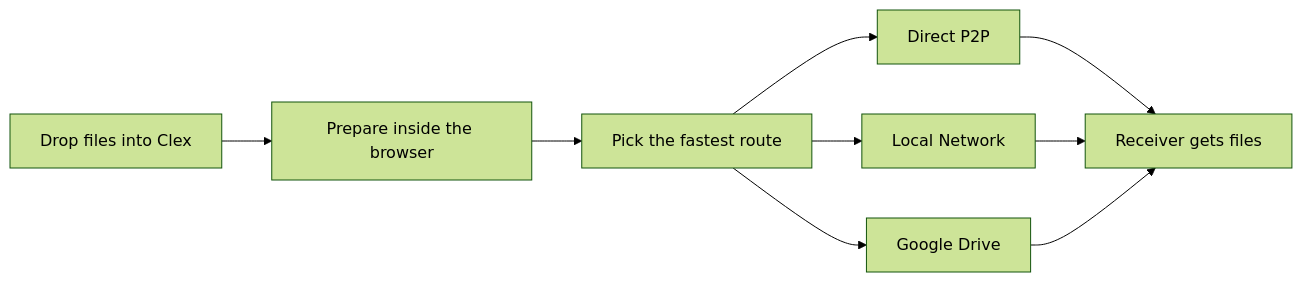
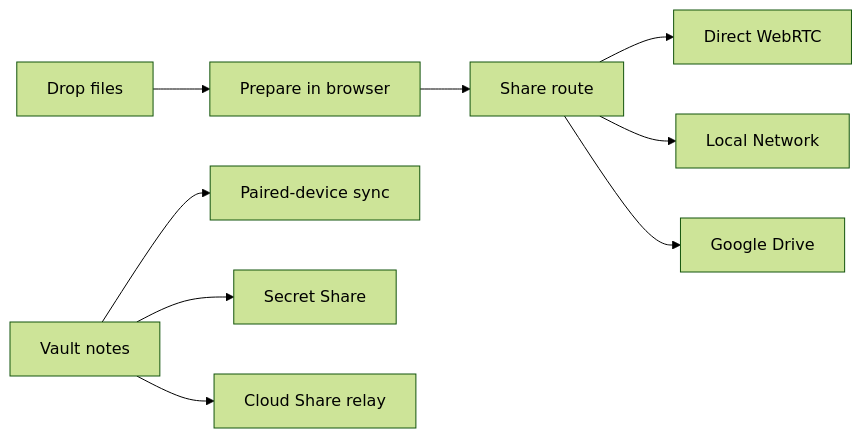
Before and after one commit to Abhinavv-007/clex: the diagram in README.md, drawn with Mermaid (forest theme). The commit also changed other lines of this file, not shown here.

````diff
--- a/README.md
+++ b/README.md
@@ -31,11 +69,11 @@
 ```mermaid
 flowchart LR
-    A["Drop files into Clex"] --> B["Prepare inside the browser"]
-    B --> C["Pick the fastest route"]
-    C --> D["Direct P2P"]
+    A["Drop files"] --> B["Prepare in browser"]
+    B --> C["Share route"]
+    C --> D["Direct WebRTC"]
     C --> E["Local Network"]
     C --> F["Google Drive"]
-    D --> G["Receiver gets files"]
-    E --> G
-    F --> G
+    G["Vault notes"] --> H["Paired-device sync"]
+    G --> I["Secret Share"]
+    G --> J["Cloud Share relay"]
 ```
````
